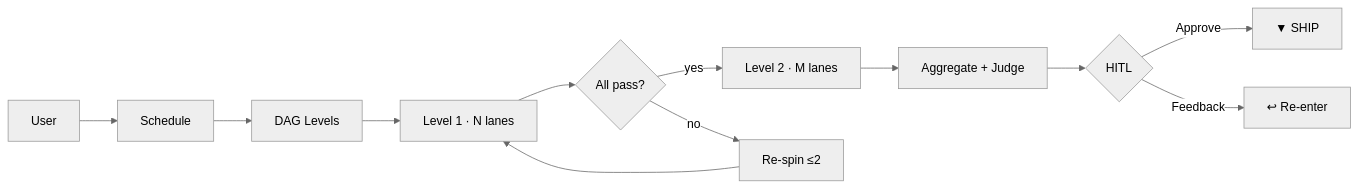
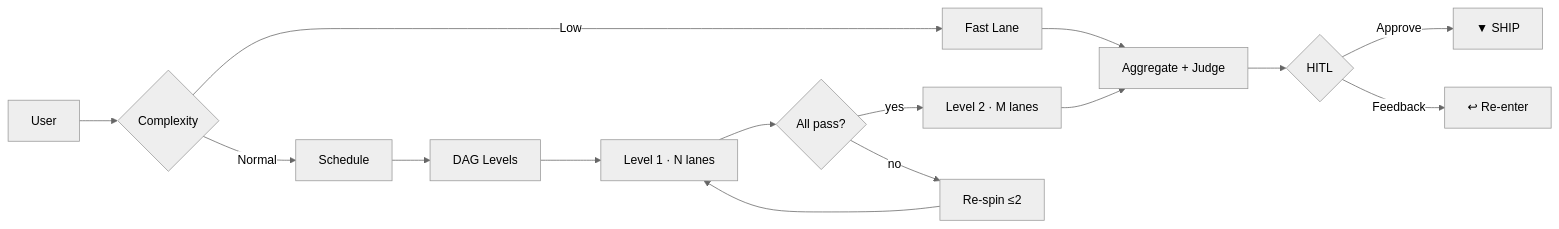
One commit to datnguyennnx/nyx changed the fourth of 4 diagrams in README.md. Above: the diagram before and after it, drawn with Mermaid (neutral theme). The commit also changed other lines of this file and 38 other files, not shown here.

````diff
--- a/README.md
+++ b/README.md
@@ -87,14 +117,17 @@
 ```mermaid
 flowchart LR
-    U[User] --> S[Schedule]
+    U[User] --> CL{Complexity}
+    CL -->|Low| FL[Fast Lane]
+    CL -->|Normal| S[Schedule]
     S --> L[DAG Levels]
     L --> L0["Level 1 · N lanes"]
     L0 --> LC{All pass?}
     LC -->|yes| L1["Level 2 · M lanes"]
     LC -->|no| RS[Re-spin ≤2]
     RS --> L0
     L1 --> M[Aggregate + Judge]
+    FL --> M
     M --> H{HITL}
     H -->|Approve| SH[▼ SHIP]
     H -->|Feedback| RE[↩ Re-enter]
 ```
````
